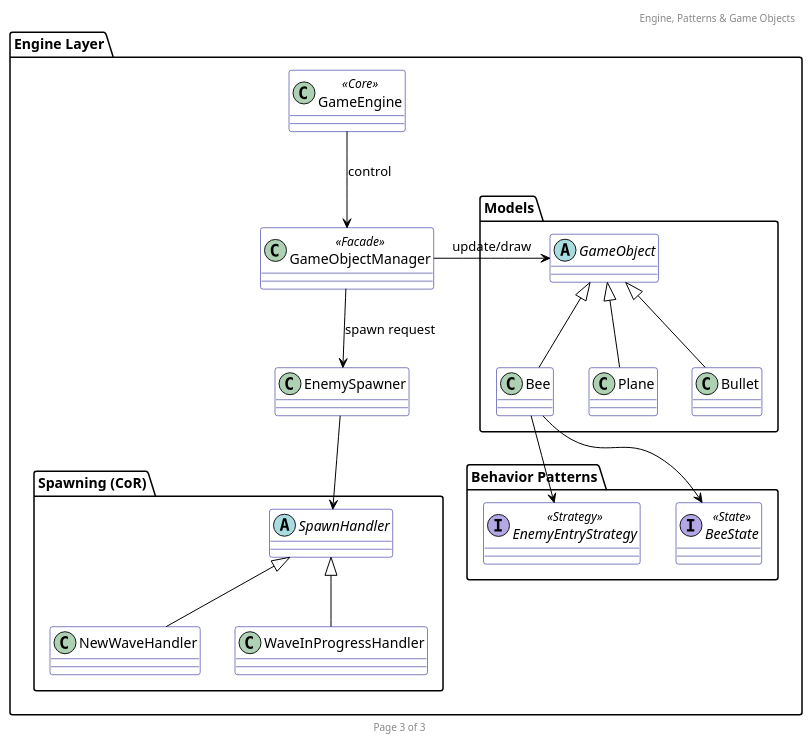
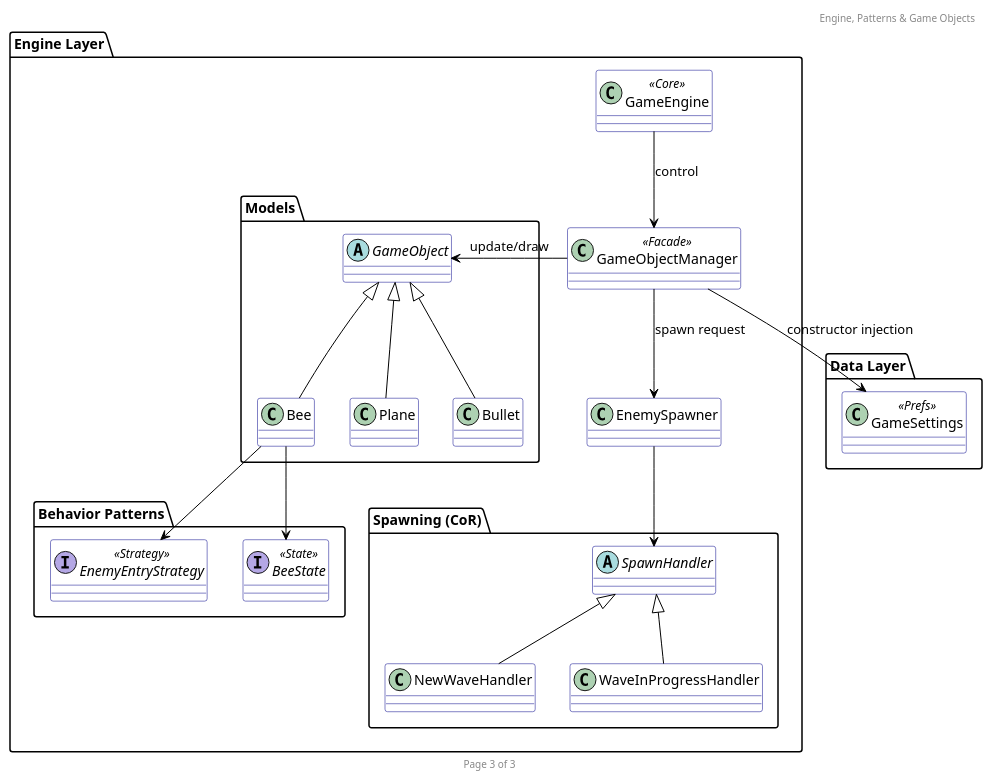
Before and after one commit to doremichen/adam_game: the third of 3 diagrams in Galaga/class_design.puml, drawn with PlantUML. The commit also changed other lines of this file, not shown here.

Commit message:
[Galaga]: update class design diagram

```diff
--- a/Galaga/class_design.puml
+++ b/Galaga/class_design.puml
@@ -101,51 +103,56 @@
 @startuml "Game Engine Architecture"
 header Engine, Patterns & Game Objects
 footer Page 3 of 3
 top to bottom direction
 
 skinparam class {
     BackgroundColor white
     ArrowColor Black
     BorderColor DarkBlue
 }
 
 package "Engine Layer" {
     class GameEngine <<Core>>
     class GameObjectManager <<Facade>>
     class EnemySpawner
 
     package "Spawning (CoR)" {
         abstract class SpawnHandler
         class NewWaveHandler
         class WaveInProgressHandler
     }
 
     package "Behavior Patterns" {
         interface EnemyEntryStrategy <<Strategy>>
         interface BeeState <<State>>
     }
 
     package "Models" {
         abstract class GameObject
         class Bee
         class Plane
         class Bullet
     }
 }
 
+package "Data Layer" {
+    class GameSettings <<Prefs>>
+}
+
 ' Connections
 GameEngine -down-> GameObjectManager : control
 GameObjectManager -down-> EnemySpawner : spawn request
 GameObjectManager -right-> GameObject : update/draw
+GameObjectManager -down-> GameSettings : constructor injection
 
 EnemySpawner -down-> SpawnHandler
 SpawnHandler <|-- NewWaveHandler
 SpawnHandler <|-- WaveInProgressHandler
 
 GameObject <|-- Bee
 GameObject <|-- Plane
 GameObject <|-- Bullet
 
 Bee -down-> BeeState
 Bee -down-> EnemyEntryStrategy
 @enduml
```
